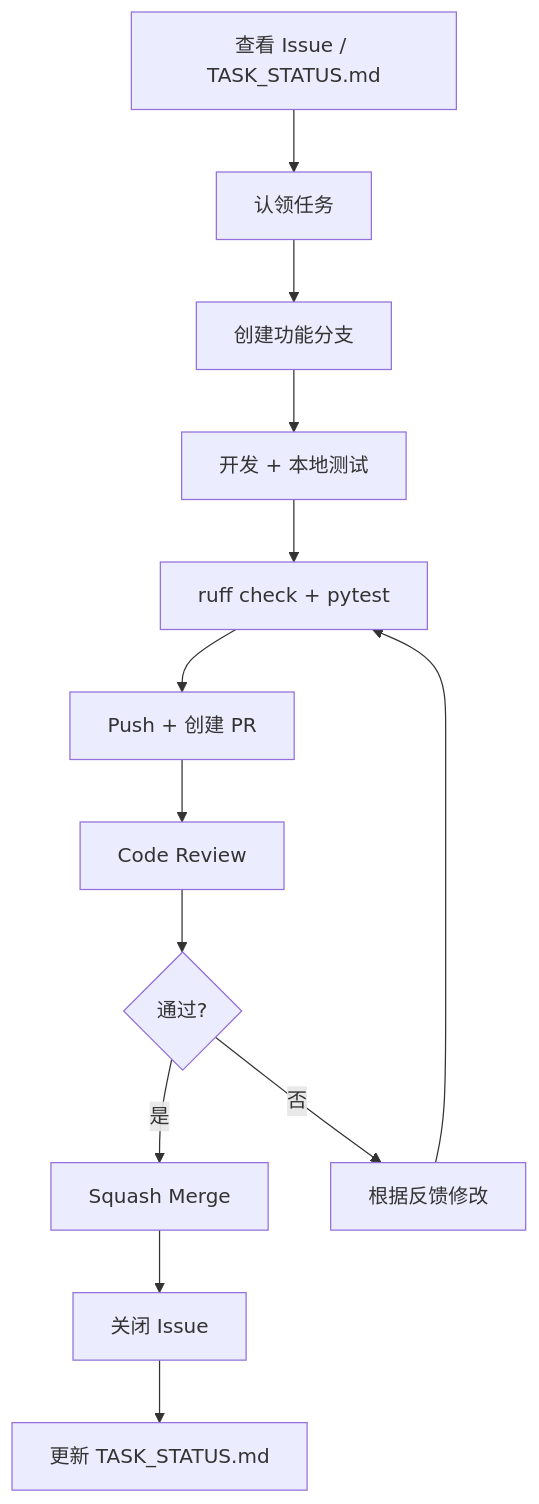
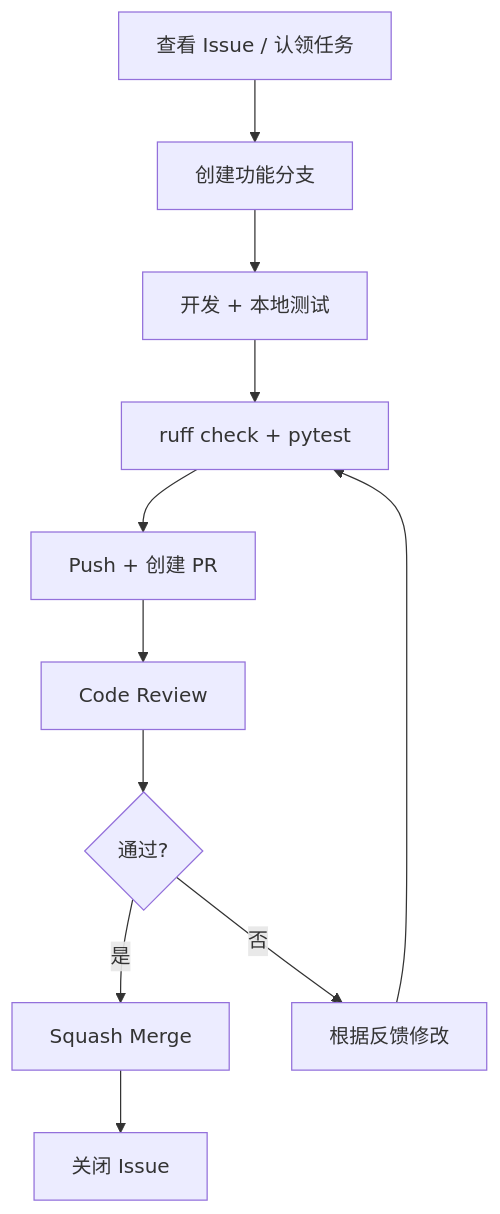
Before and after one commit to chy5301/semantic-transmission: the diagram in docs/collaboration/05-project-conventions.md, drawn with Mermaid. The commit also changed other lines of this file and 2 other files, not shown here.

````diff
--- a/docs/collaboration/05-project-conventions.md
+++ b/docs/collaboration/05-project-conventions.md
@@ -108,15 +108,13 @@
 ```mermaid
 graph TD
-    A[查看 Issue / TASK_STATUS.md] --> B[认领任务]
-    B --> C[创建功能分支]
-    C --> D[开发 + 本地测试]
-    D --> E[ruff check + pytest]
-    E --> F[Push + 创建 PR]
-    F --> G[Code Review]
-    G --> H{通过?}
-    H -->|是| I[Squash Merge]
-    H -->|否| J[根据反馈修改]
-    J --> E
-    I --> K[关闭 Issue]
-    K --> L[更新 TASK_STATUS.md]
+    A[查看 Issue / 认领任务] --> B[创建功能分支]
+    B --> C[开发 + 本地测试]
+    C --> D[ruff check + pytest]
+    D --> E[Push + 创建 PR]
+    E --> F[Code Review]
+    F --> G{通过?}
+    G -->|是| H[Squash Merge]
+    G -->|否| I[根据反馈修改]
+    I --> D
+    H --> J[关闭 Issue]
 ```
````
